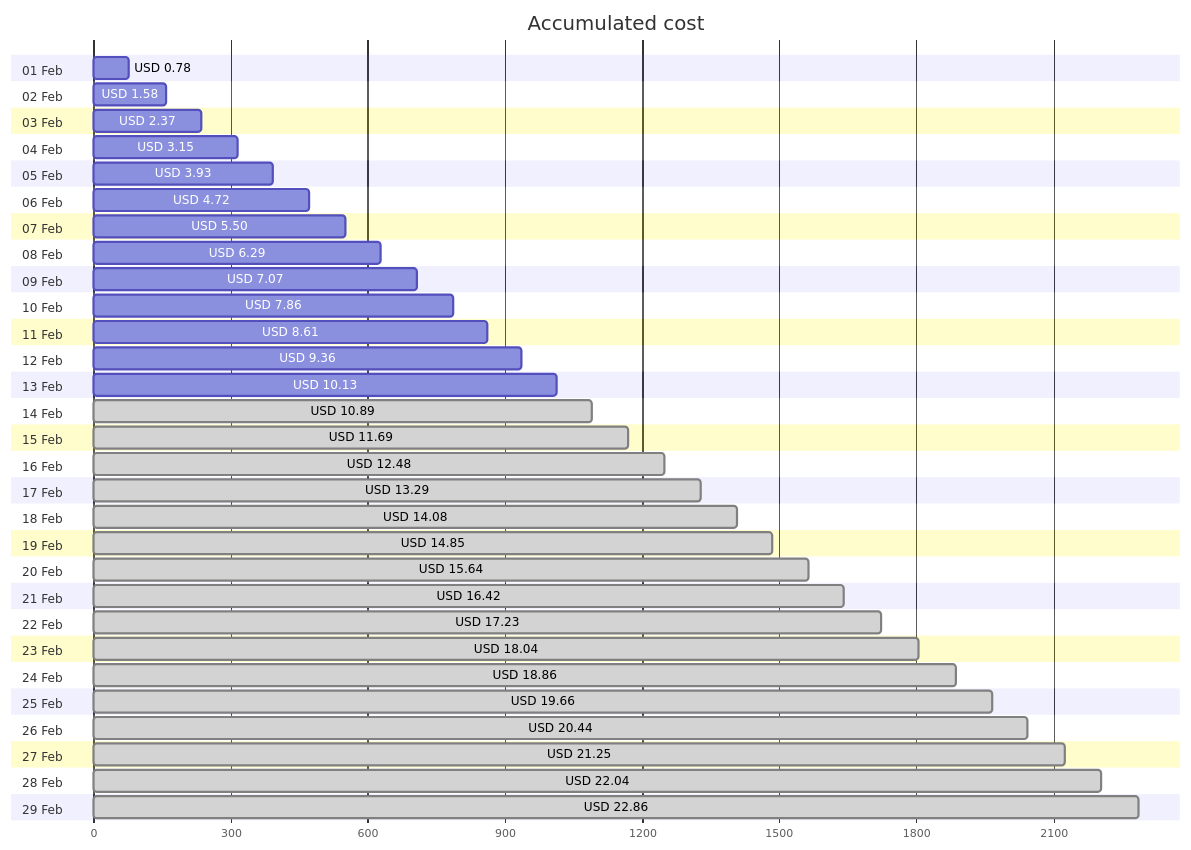
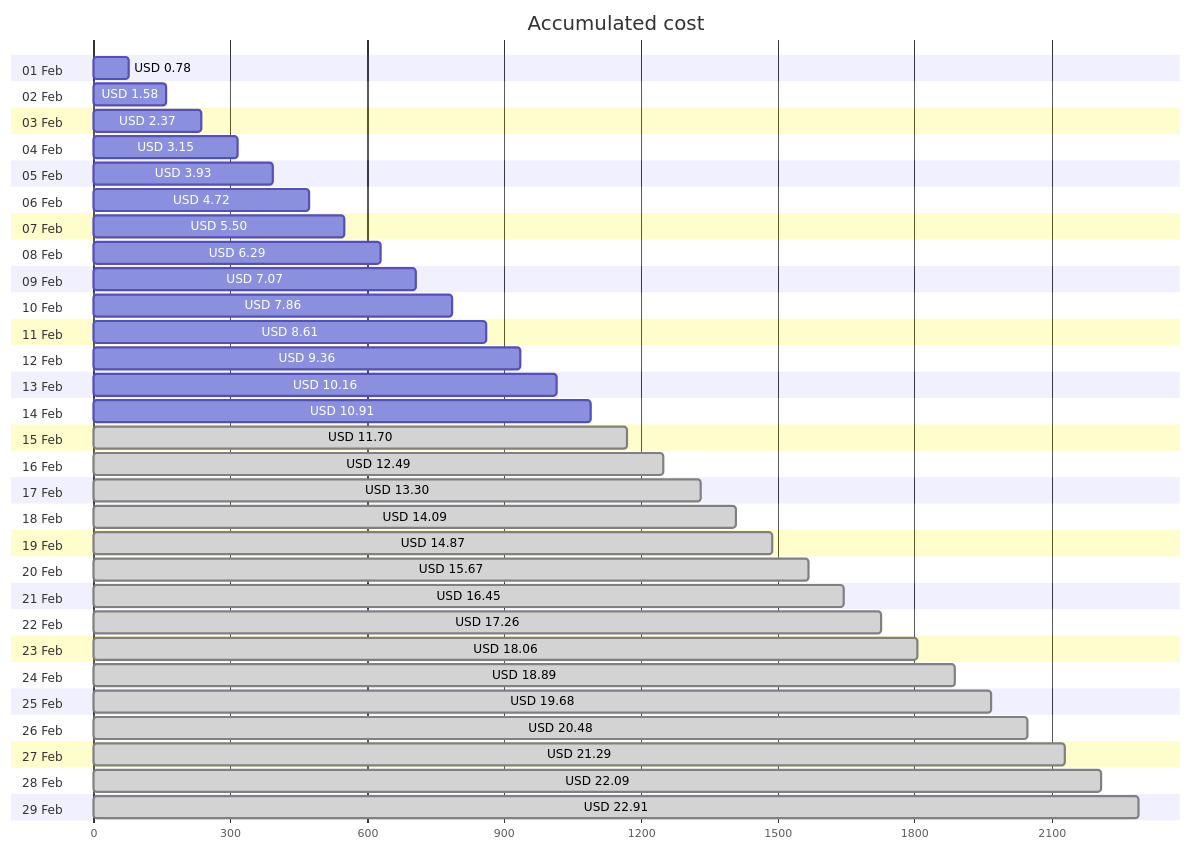
The first of 4 diagrams in cost-reports/personal-network/backup-server-data-disk.md (jpfulton/azure-personal-reports), drawn with Mermaid before and after one commit. The commit also changed other lines of this file and 8 other files, not shown here.

````diff
--- a/cost-reports/personal-network/backup-server-data-disk.md
+++ b/cost-reports/personal-network/backup-server-data-disk.md
@@ -20,64 +20,64 @@
 ```mermaid
 gantt
    title Accumulated cost
    dateFormat  X
    axisFormat %s
    section 01 Feb
    USD 0.78 :0, 78
    section 02 Feb
    USD 1.58 :0, 158
    section 03 Feb
    USD 2.37 :0, 237
    section 04 Feb
    USD 3.15 :0, 315
    section 05 Feb
    USD 3.93 :0, 393
    section 06 Feb
    USD 4.72 :0, 472
    section 07 Feb
    USD 5.50 :0, 550
    section 08 Feb
    USD 6.29 :0, 629
    section 09 Feb
    USD 7.07 :0, 707
    section 10 Feb
    USD 7.86 :0, 786
    section 11 Feb
    USD 8.61 :0, 861
    section 12 Feb
    USD 9.36 :0, 936
    section 13 Feb
-   USD 10.13 :0, 1013
+   USD 10.16 :0, 1016
    section 14 Feb
-   USD 10.89 : done, 0, 1089
+   USD 10.91 :0, 1091
    section 15 Feb
-   USD 11.69 : done, 0, 1169
+   USD 11.70 : done, 0, 1170
    section 16 Feb
-   USD 12.48 : done, 0, 1248
+   USD 12.49 : done, 0, 1249
    section 17 Feb
-   USD 13.29 : done, 0, 1329
+   USD 13.30 : done, 0, 1330
    section 18 Feb
-   USD 14.08 : done, 0, 1408
+   USD 14.09 : done, 0, 1409
    section 19 Feb
-   USD 14.85 : done, 0, 1485
+   USD 14.87 : done, 0, 1487
    section 20 Feb
-   USD 15.64 : done, 0, 1564
+   USD 15.67 : done, 0, 1567
    section 21 Feb
-   USD 16.42 : done, 0, 1642
+   USD 16.45 : done, 0, 1645
    section 22 Feb
-   USD 17.23 : done, 0, 1723
+   USD 17.26 : done, 0, 1726
    section 23 Feb
-   USD 18.04 : done, 0, 1804
+   USD 18.06 : done, 0, 1806
    section 24 Feb
-   USD 18.86 : done, 0, 1886
+   USD 18.89 : done, 0, 1889
    section 25 Feb
-   USD 19.66 : done, 0, 1966
+   USD 19.68 : done, 0, 1968
    section 26 Feb
-   USD 20.44 : done, 0, 2044
+   USD 20.48 : done, 0, 2048
    section 27 Feb
-   USD 21.25 : done, 0, 2125
+   USD 21.29 : done, 0, 2129
    section 28 Feb
-   USD 22.04 : done, 0, 2204
+   USD 22.09 : done, 0, 2209
    section 29 Feb
-   USD 22.86 : done, 0, 2286
+   USD 22.91 : done, 0, 2291
 ```
````
